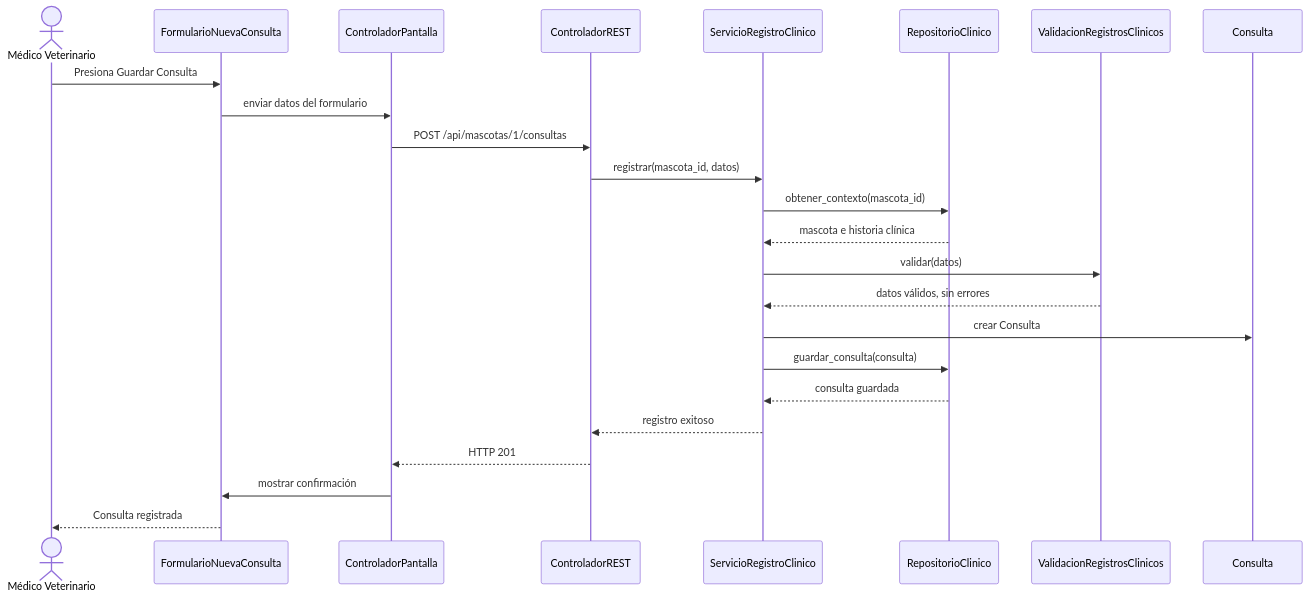
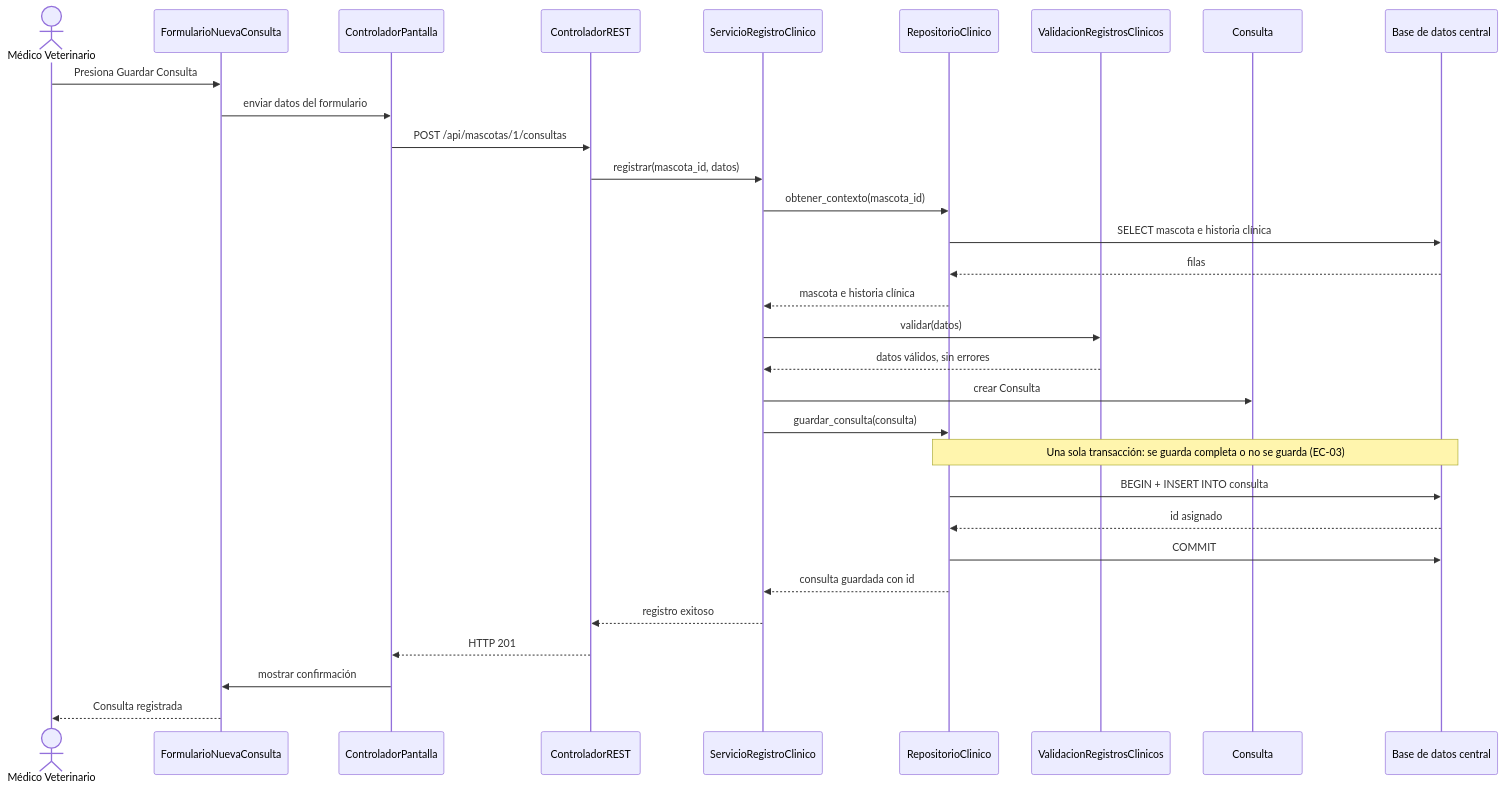
The second of 5 diagrams in docs/design/diseno-detallado.md (DinoMondino/sistema-gestion-veterinaria-2026), drawn with Mermaid before and after one commit. The commit also changed other lines of this file and 1 other file, not shown here.

````diff
--- a/docs/design/diseno-detallado.md
+++ b/docs/design/diseno-detallado.md
@@ -152,32 +164,38 @@
 ```mermaid
 sequenceDiagram
     actor Vet as Médico Veterinario
     participant UI as FormularioNuevaConsulta
     participant CP as ControladorPantalla
     participant REST as ControladorREST
     participant SRC as ServicioRegistroClinico
     participant RC as RepositorioClinico
     participant VAL as ValidacionRegistrosClinicos
     participant C as Consulta
+    participant BD as Base de datos central
 
     Vet->>UI: Presiona Guardar Consulta
     UI->>CP: enviar datos del formulario
     CP->>REST: POST /api/mascotas/1/consultas
 
     REST->>SRC: registrar(mascota_id, datos)
     SRC->>RC: obtener_contexto(mascota_id)
+    RC->>BD: SELECT mascota e historia clínica
+    BD-->>RC: filas
     RC-->>SRC: mascota e historia clínica
 
     SRC->>VAL: validar(datos)
     VAL-->>SRC: datos válidos, sin errores
 
     SRC->>C: crear Consulta
     SRC->>RC: guardar_consulta(consulta)
-    RC-->>SRC: consulta guardada
+    Note over RC,BD: Una sola transacción: se guarda completa o no se guarda (EC-03)
+    RC->>BD: BEGIN + INSERT INTO consulta
+    BD-->>RC: id asignado
+    RC->>BD: COMMIT
+    RC-->>SRC: consulta guardada con id
 
     SRC-->>REST: registro exitoso
     REST-->>CP: HTTP 201
     CP->>UI: mostrar confirmación
     UI-->>Vet: Consulta registrada
-
 ```
````
